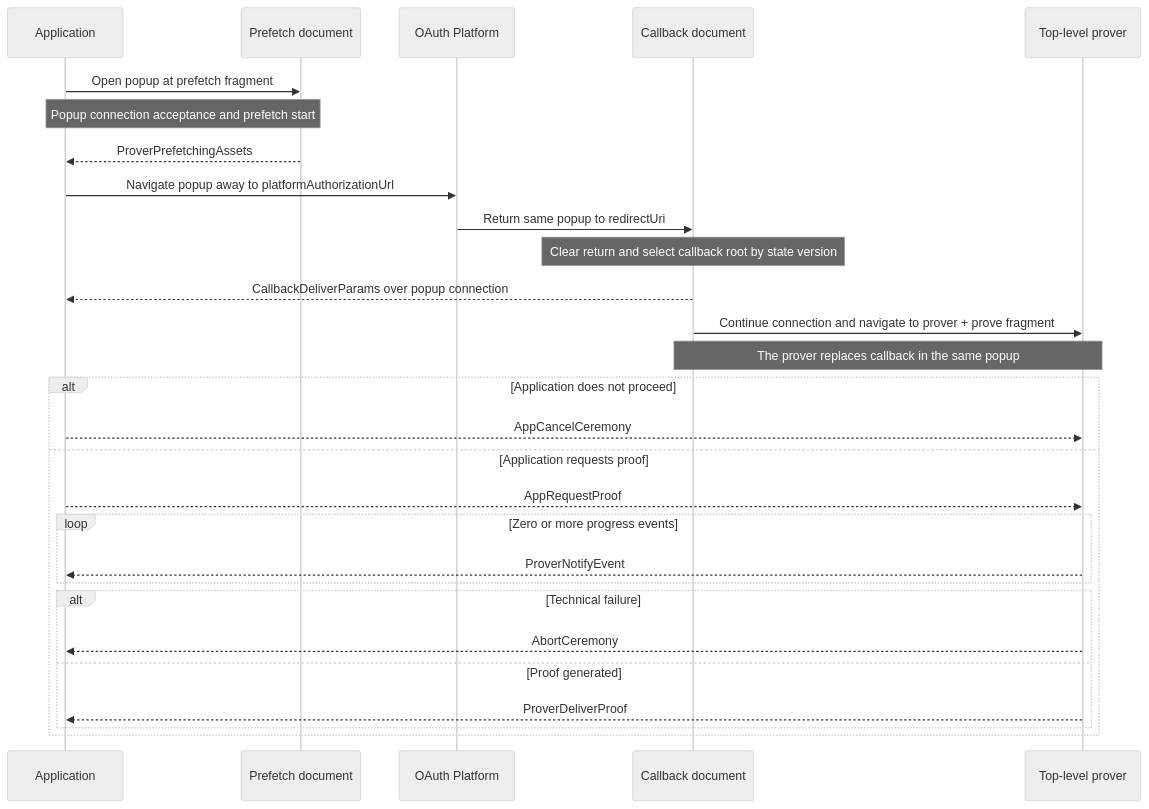
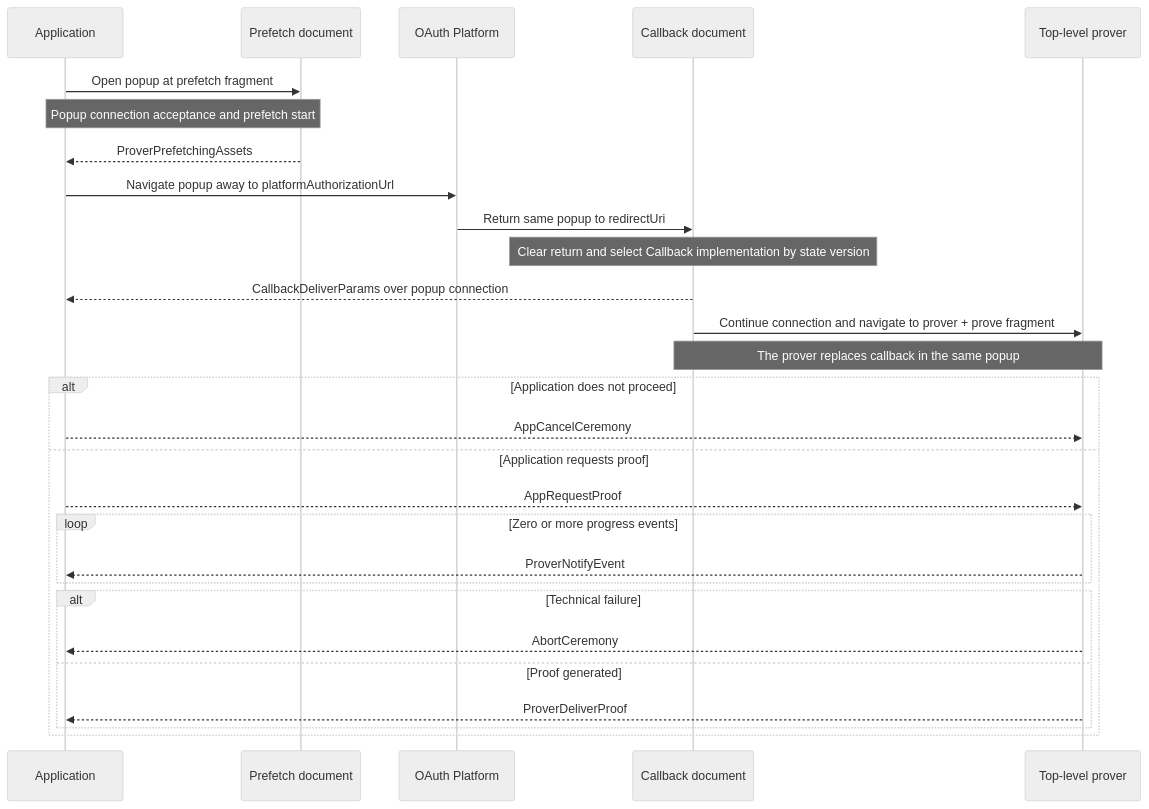
One commit to libid-org/libid changed the diagram in ts/packages/ceremony/CCDP.md. Above: the diagram before and after it, drawn with Mermaid (neutral theme). The commit also changed other lines of this file and 5 other files, not shown here.

````diff
--- a/ts/packages/ceremony/CCDP.md
+++ b/ts/packages/ceremony/CCDP.md
@@ -179,31 +193,31 @@
 ```mermaid
 sequenceDiagram
     participant A as Application
     participant F as Prefetch document
     participant O as OAuth Platform
     participant C as Callback document
     participant P as Top-level prover
 
     A->>F: Open popup at prefetch fragment
     Note over A,F: Popup connection acceptance and prefetch start
     F-->>A: ProverPrefetchingAssets
     A->>O: Navigate popup away to platformAuthorizationUrl
     O->>C: Return same popup to redirectUri
-    Note over C: Clear return and select callback root by state version
+    Note over C: Clear return and select Callback implementation by state version
     C-->>A: CallbackDeliverParams over popup connection
     C->>P: Continue connection and navigate to prover + prove fragment
     Note over C,P: The prover replaces callback in the same popup
     alt Application does not proceed
         A-->>P: AppCancelCeremony
     else Application requests proof
         A-->>P: AppRequestProof
         loop Zero or more progress events
             P-->>A: ProverNotifyEvent
         end
         alt Technical failure
             P-->>A: AbortCeremony
         else Proof generated
             P-->>A: ProverDeliverProof
         end
     end
 ```
````
